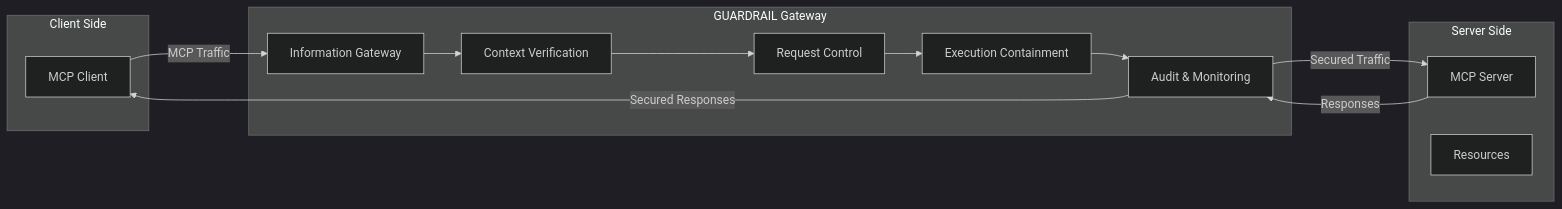
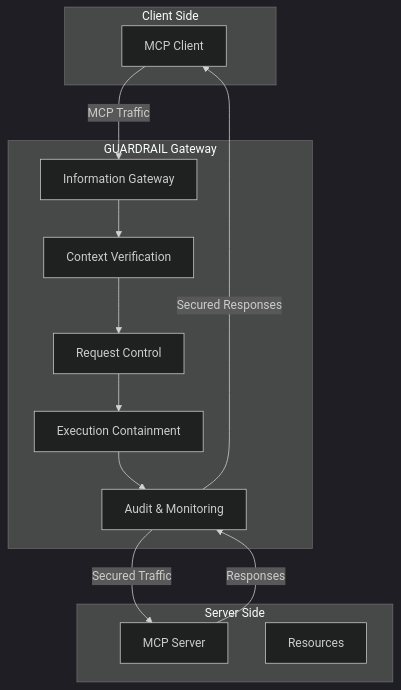
Before and after one commit to nshkrdotcom/nshkrdotcom.github.io: the third of 4 diagrams in content/sections/guardrail-2025-03-10.md, drawn with Mermaid (dark theme). The commit also changed other lines of this file, not shown here.

````diff
--- a/content/sections/guardrail-2025-03-10.md
+++ b/content/sections/guardrail-2025-03-10.md
@@ -129,26 +129,26 @@
 ```mermaid
-flowchart LR
+flowchart TD
     subgraph "Client Side"
         MC[MCP Client]
     end
     
     subgraph "GUARDRAIL Gateway"
         IGL[Information Gateway]
         CVL[Context Verification]
         RCL[Request Control]
         ECL[Execution Containment]
         AML[Audit & Monitoring]
         
         IGL --> CVL --> RCL --> ECL --> AML
     end
     
     subgraph "Server Side"
         MS[MCP Server]
         RE[Resources]
     end
     
     MC -- "MCP Traffic" --> IGL
     AML -- "Secured Traffic" --> MS
     MS -- "Responses" --> AML
     AML -- "Secured Responses" --> MC
 ```
````
